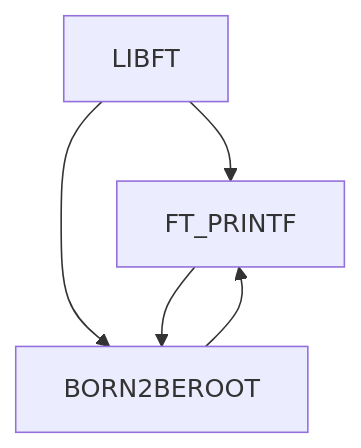
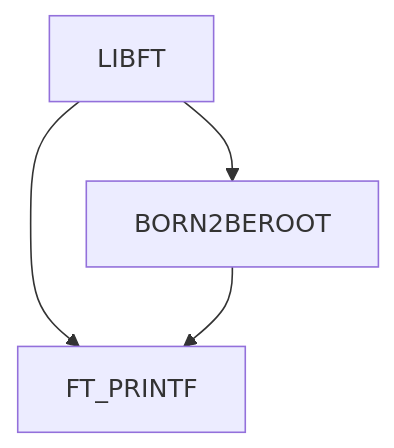
One commit to yassinebhk/42cursus changed the second of 2 diagrams in README.md. Above: the diagram before and after it, drawn with Mermaid.

````diff
--- a/README.md
+++ b/README.md
@@ -11,7 +11,6 @@
 ```mermaid
 graph TD;
     LIBFT --> FT_PRINTF;
     LIBFT --> BORN2BEROOT
-    FT_PRINTF --> BORN2BEROOT
     BORN2BEROOT --> FT_PRINTF
 ```
````
